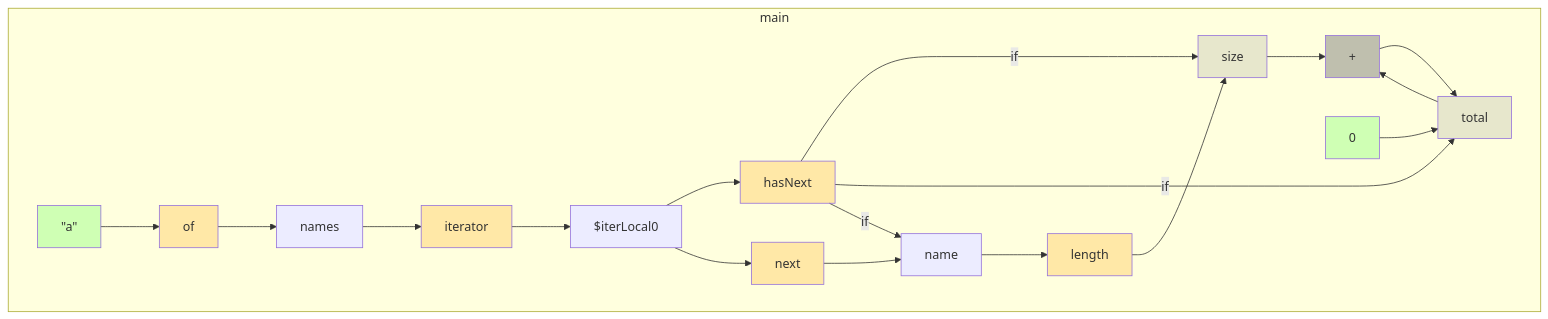
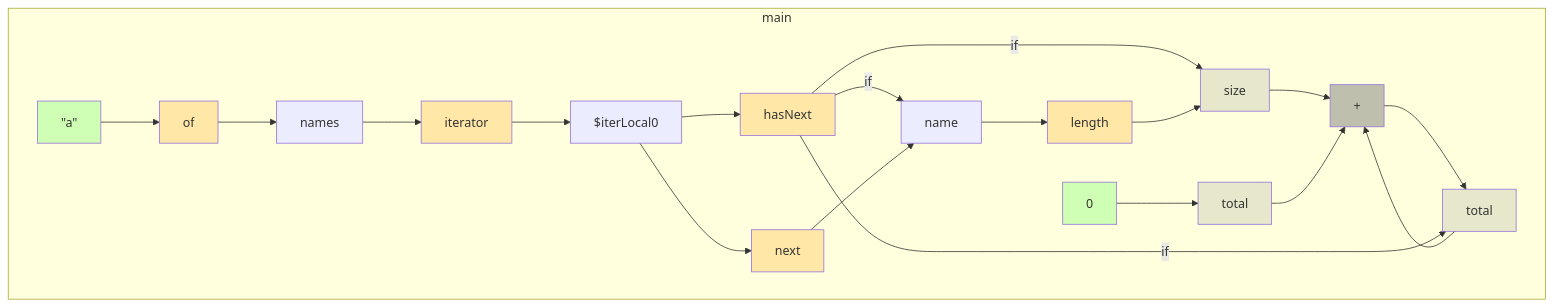
Before and after one commit to gstiebler/codeflow: the diagram in app/src/test/resources/enhancedFor/spike-truth.md, drawn with Mermaid. The commit also changed 46 other files, not shown here.

````diff
--- a/app/src/test/resources/enhancedFor/spike-truth.md
+++ b/app/src/test/resources/enhancedFor/spike-truth.md
@@ -3,41 +3,43 @@
 ```mermaid
 flowchart TD
   subgraph m0["main"]
     n0["+"]:::BIN_OP
     n1["hasNext"]:::EXTERNAL
     n2["iterator"]:::EXTERNAL
     n3["length"]:::EXTERNAL
     n4["next"]:::EXTERNAL
     n5["of"]:::EXTERNAL
     n6["#quot;a#quot;"]:::LITERAL
     n7["0"]:::LITERAL
     n8["$iterLocal0"]:::OBJ_VARIABLE
-    n9["name"]:::OBJ_VARIABLE
-    n10["names"]:::OBJ_VARIABLE
+    n9["names"]:::OBJ_VARIABLE
+    n10["name"]:::OBJ_VARIABLE
     n11["size"]:::VARIABLE
     n12["total"]:::VARIABLE
+    n13["total"]:::VARIABLE
   end
   n0 --> n12
+  n1 -->|if| n10
   n1 -->|if| n11
   n1 -->|if| n12
-  n1 -->|if| n9
-  n10 --> n2
+  n10 --> n3
   n11 --> n0
   n12 --> n0
+  n13 --> n0
   n2 --> n8
   n3 --> n11
-  n4 --> n9
-  n5 --> n10
+  n4 --> n10
+  n5 --> n9
   n6 --> n5
-  n7 --> n12
+  n7 --> n13
   n8 --> n1
   n8 --> n4
-  n9 --> n3
+  n9 --> n2
   classDef LITERAL fill:#00FF0030
   classDef VARIABLE fill:#80808030
   classDef BIN_OP fill:#80808080
   classDef FUNC_PARAM fill:#8080FF30
   classDef RETURN fill:#FF808080
   classDef EXTERNAL fill:#FFA50040
   classDef UNMODELLED fill:#FF000030,stroke-dasharray: 4 2
 ```
````
